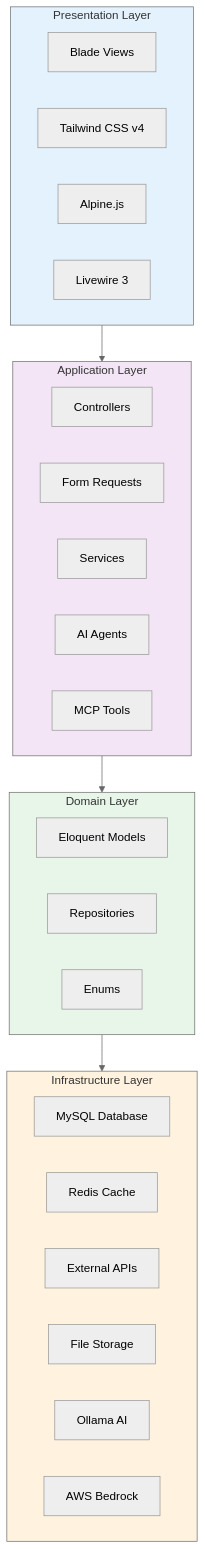
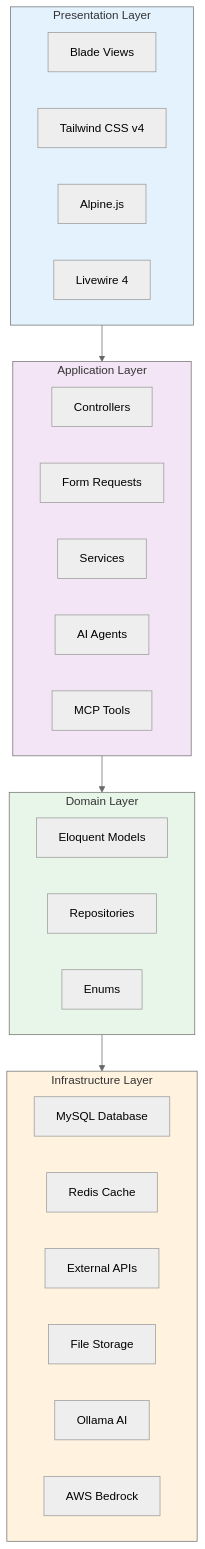
One commit to exatfrds67/umamusume-career-planner changed the first of 12 diagrams in docs/00-core-docs/004_SDS_Software_Design_Specifications.md. Above: the diagram before and after it, drawn with Mermaid (neutral theme). The commit also changed other lines of this file and 1559 other files, not shown here.

````diff
--- a/docs/00-core-docs/004_SDS_Software_Design_Specifications.md
+++ b/docs/00-core-docs/004_SDS_Software_Design_Specifications.md
@@ -64,41 +64,41 @@
 ```mermaid
 flowchart TB
     subgraph Presentation["Presentation Layer"]
         Blade["Blade Views"]
         Tailwind["Tailwind CSS v4"]
         Alpine["Alpine.js"]
-        Livewire["Livewire 3"]
+        Livewire["Livewire 4"]
     end
     
     subgraph Application["Application Layer"]
         Controllers["Controllers"]
         FormRequests["Form Requests"]
         Services["Services"]
         AIAgents["AI Agents"]
         MCPTools["MCP Tools"]
     end
     
     subgraph Domain["Domain Layer"]
         Models["Eloquent Models"]
         Repositories["Repositories"]
         Enums["Enums"]
     end
     
     subgraph Infrastructure["Infrastructure Layer"]
         MySQL["MySQL Database"]
         Redis["Redis Cache"]
         ExternalAPIs["External APIs"]
         FileStorage["File Storage"]
         Ollama["Ollama AI"]
         Bedrock["AWS Bedrock"]
     end
     
     Presentation --> Application
     Application --> Domain
     Domain --> Infrastructure
     
     style Presentation fill:#e3f2fd
     style Application fill:#f3e5f5
     style Domain fill:#e8f5e9
     style Infrastructure fill:#fff3e0
 ```
````
